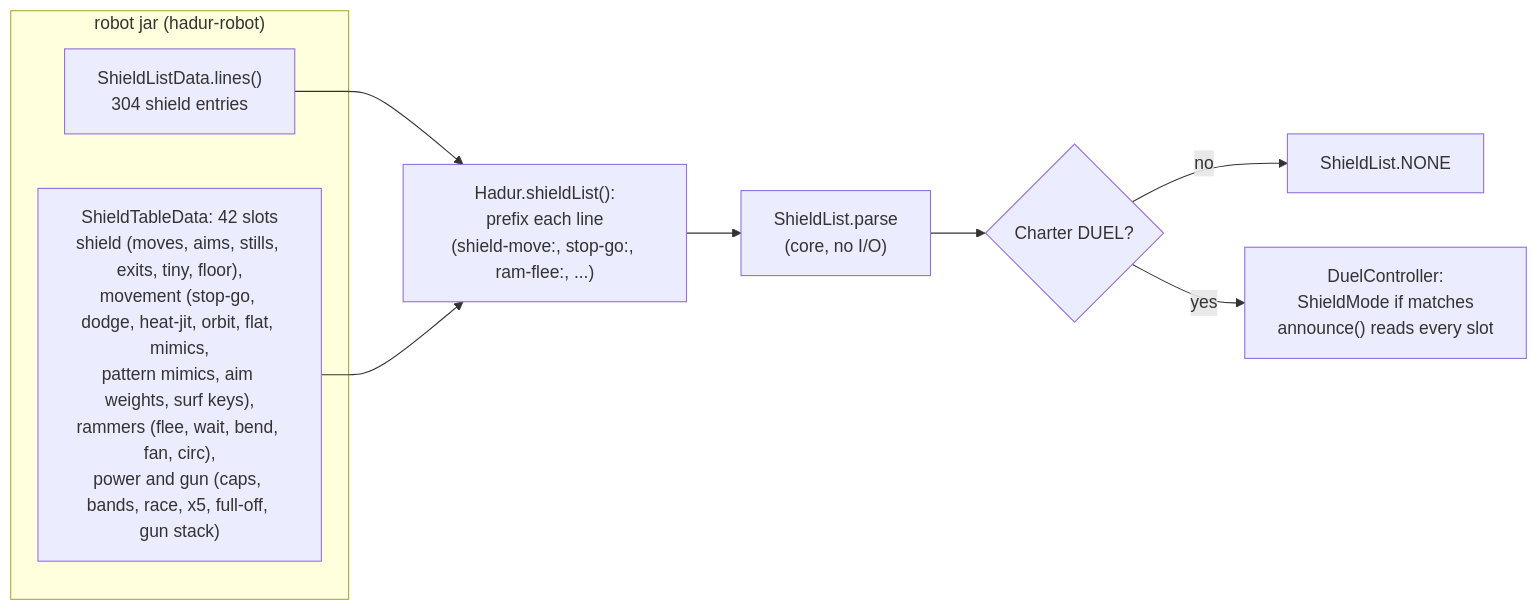
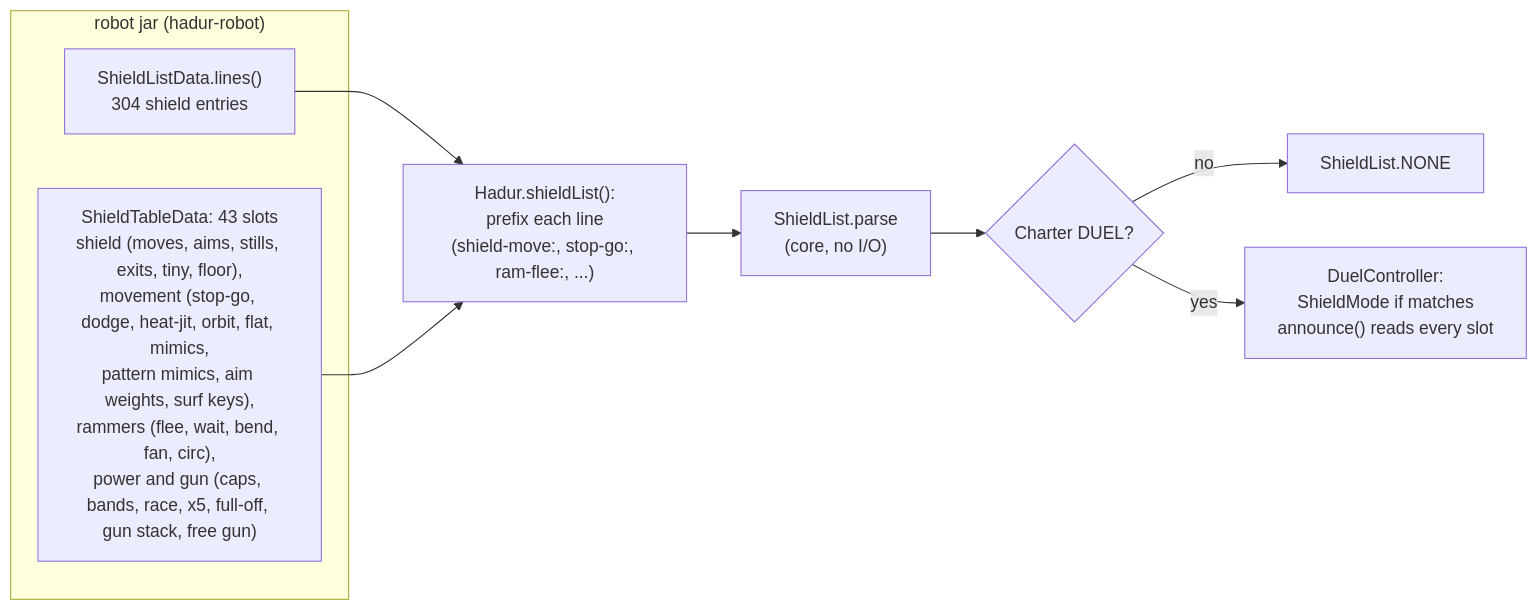
Diagram 17 of 25 in docs/architecture-c4.md (lgriffin/Hadur_Robot), drawn with Mermaid before and after one commit. The commit also changed other lines of this file and 3 other files, not shown here.

````diff
--- a/docs/architecture-c4.md
+++ b/docs/architecture-c4.md
@@ -723,13 +723,13 @@
 ```mermaid
 flowchart LR
   subgraph jar["robot jar (hadur-robot)"]
     SL["ShieldListData.lines()<br/>304 shield entries"]
-    ST["ShieldTableData: 42 slots<br/>shield (moves, aims, stills, exits, tiny, floor),<br/>movement (stop-go, dodge, heat-jit, orbit, flat, mimics,<br/>pattern mimics, aim weights, surf keys),<br/>rammers (flee, wait, bend, fan, circ),<br/>power and gun (caps, bands, race, x5, full-off, gun stack)"]
+    ST["ShieldTableData: 43 slots<br/>shield (moves, aims, stills, exits, tiny, floor),<br/>movement (stop-go, dodge, heat-jit, orbit, flat, mimics,<br/>pattern mimics, aim weights, surf keys),<br/>rammers (flee, wait, bend, fan, circ),<br/>power and gun (caps, bands, race, x5, full-off, gun stack, free gun)"]
   end
   SL --> P["Hadur.shieldList():<br/>prefix each line<br/>(shield-move:, stop-go:, ram-flee:, ...)"]
   ST --> P
   P --> Q["ShieldList.parse<br/>(core, no I/O)"]
   Q --> C{"Charter DUEL?"}
   C -- no --> N["ShieldList.NONE"]
   C -- yes --> D["DuelController:<br/>ShieldMode if matches<br/>announce() reads every slot"]
 ```
````
